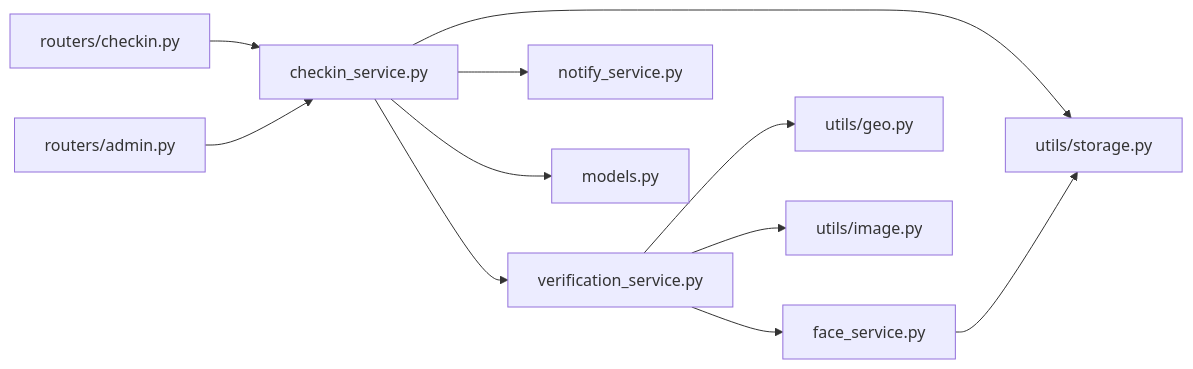
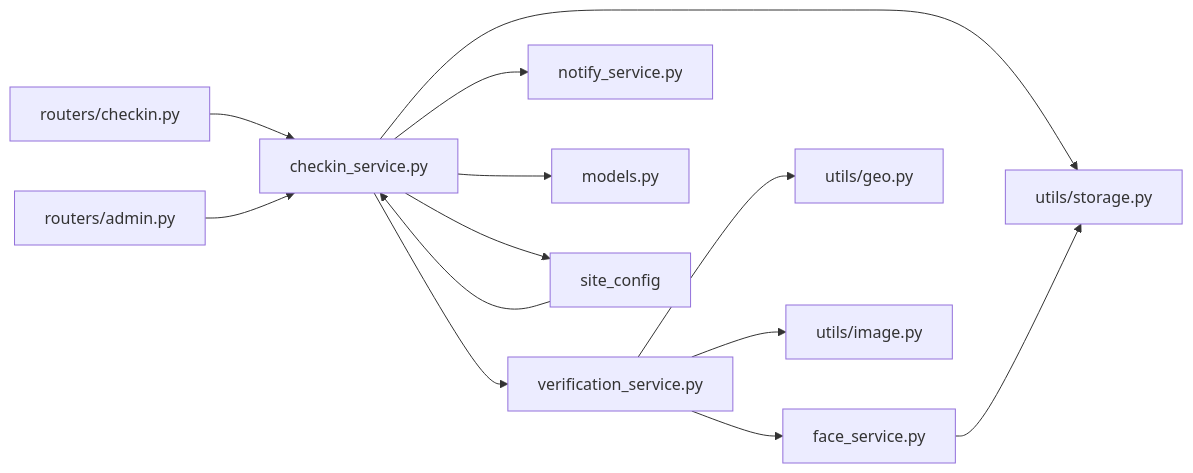
Before and after one commit to onebody/homework: the fifth of 5 diagrams in .qoder/repowiki/zh/content/暑假作业打卡系统/后端服务架构/服务层架构/打卡服务.md, drawn with Mermaid. The commit also changed other lines of this file and 16 other files, not shown here.

````diff
--- a/.qoder/repowiki/zh/content/暑假作业打卡系统/后端服务架构/服务层架构/打卡服务.md
+++ b/.qoder/repowiki/zh/content/暑假作业打卡系统/后端服务架构/服务层架构/打卡服务.md
@@ -363,13 +383,15 @@
 ```mermaid
 graph LR
 RC["routers/checkin.py"] --> CS["checkin_service.py"]
 RA["routers/admin.py"] --> CS
 CS --> VS["verification_service.py"]
 VS --> FS["face_service.py"]
 VS --> GE["utils/geo.py"]
 CS --> NS["notify_service.py"]
 CS --> ST["utils/storage.py"]
 CS --> MD["models.py"]
 VS --> IM["utils/image.py"]
 FS --> ST
+CS --> SC["site_config"]
+SC --> CS
 ```
````
